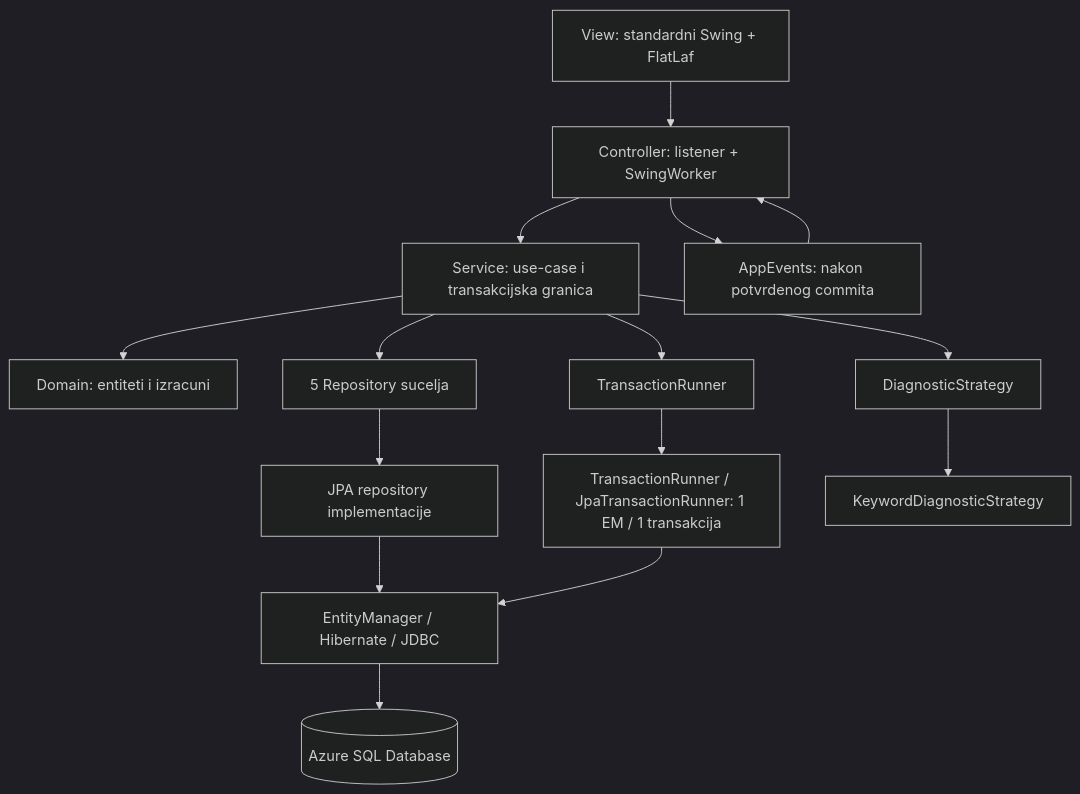
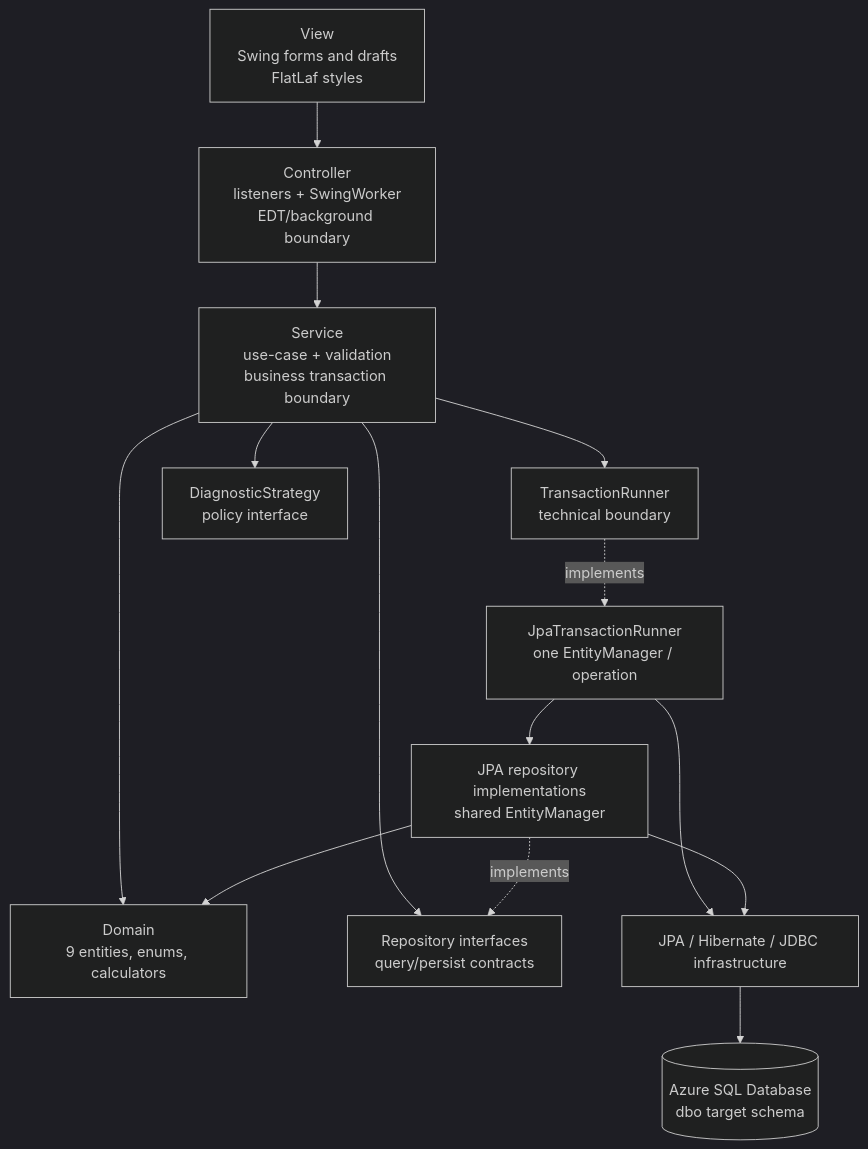
One commit to KarloLerga/AutoCare changed the diagram in docs/architecture.mmd. Above: the diagram before and after it, drawn with Mermaid (dark theme). The commit also changed 39 other files, not shown here.

```diff
--- a/docs/architecture.mmd
+++ b/docs/architecture.mmd
@@ -1,15 +1,14 @@
 flowchart TD
-    V[View: standardni Swing + FlatLaf] --> C[Controller: listener + SwingWorker]
-    C --> S[Service: use-case i transakcijska granica]
-    S --> D[Domain: entiteti i izracuni]
-    S --> R[5 Repository sucelja]
-    S --> T[TransactionRunner]
-    T --> J[TransactionRunner / JpaTransactionRunner: 1 EM / 1 transakcija]
-    R --> P[JPA repository implementacije]
-    P --> EM[EntityManager / Hibernate / JDBC]
-    J --> EM
-    EM --> DB[(Azure SQL Database)]
-    C --> E[AppEvents: nakon potvrdenog commita]
-    E --> C
-    S --> STR[DiagnosticStrategy]
-    STR --> K[KeywordDiagnosticStrategy]
+    V[View<br/>Swing forms and drafts<br/>FlatLaf styles] --> C[Controller<br/>listeners + SwingWorker<br/>EDT/background boundary]
+    C --> S[Service<br/>use-case + validation<br/>business transaction boundary]
+    S --> D[Domain<br/>9 entities, enums, calculators]
+    S --> R[Repository interfaces<br/>query/persist contracts]
+    S --> T[TransactionRunner<br/>technical boundary]
+    S --> STR[DiagnosticStrategy<br/>policy interface]
+    T -. implements .-> JT[JpaTransactionRunner<br/>one EntityManager / operation]
+    JT --> P[JPA repository implementations<br/>shared EntityManager]
+    P -. implements .-> R
+    P --> D
+    JT --> I[JPA / Hibernate / JDBC infrastructure]
+    P --> I
+    I --> DB[(Azure SQL Database<br/>dbo target schema)]
```
